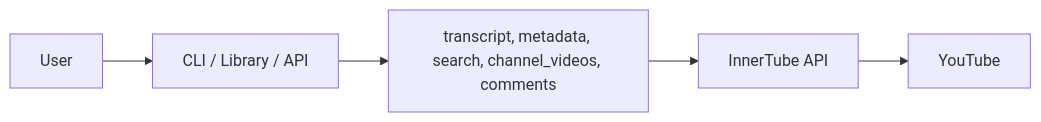
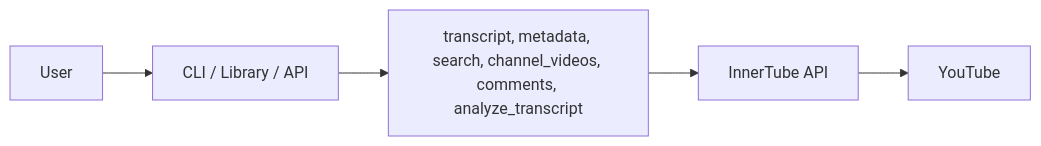
The diagram in README.md (tsnthiago/inner-tchube), drawn with Mermaid before and after one commit. The commit also changed other lines of this file and 6 other files, not shown here.

First line of the commit message:
Add analyze_transcript functionality and update documentation

````diff
--- a/README.md
+++ b/README.md
@@ -5,7 +5,7 @@
 ```mermaid
 flowchart LR
     User[User] --> Entry[CLI / Library / API]
-    Entry --> Modules[transcript, metadata, search, channel_videos, comments]
+    Entry --> Modules[transcript, metadata, search, channel_videos, comments, analyze_transcript]
     Modules --> InnerTube[InnerTube API]
     InnerTube --> YouTube[YouTube]
 ```
````
